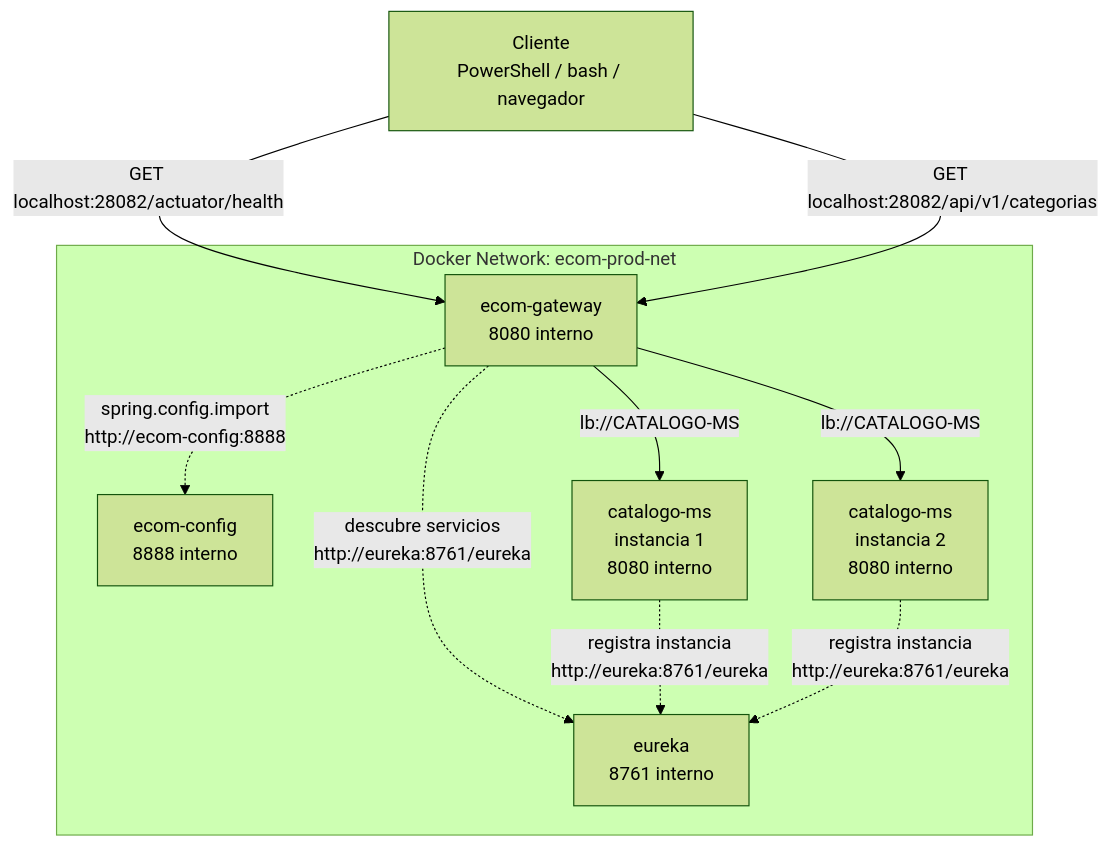
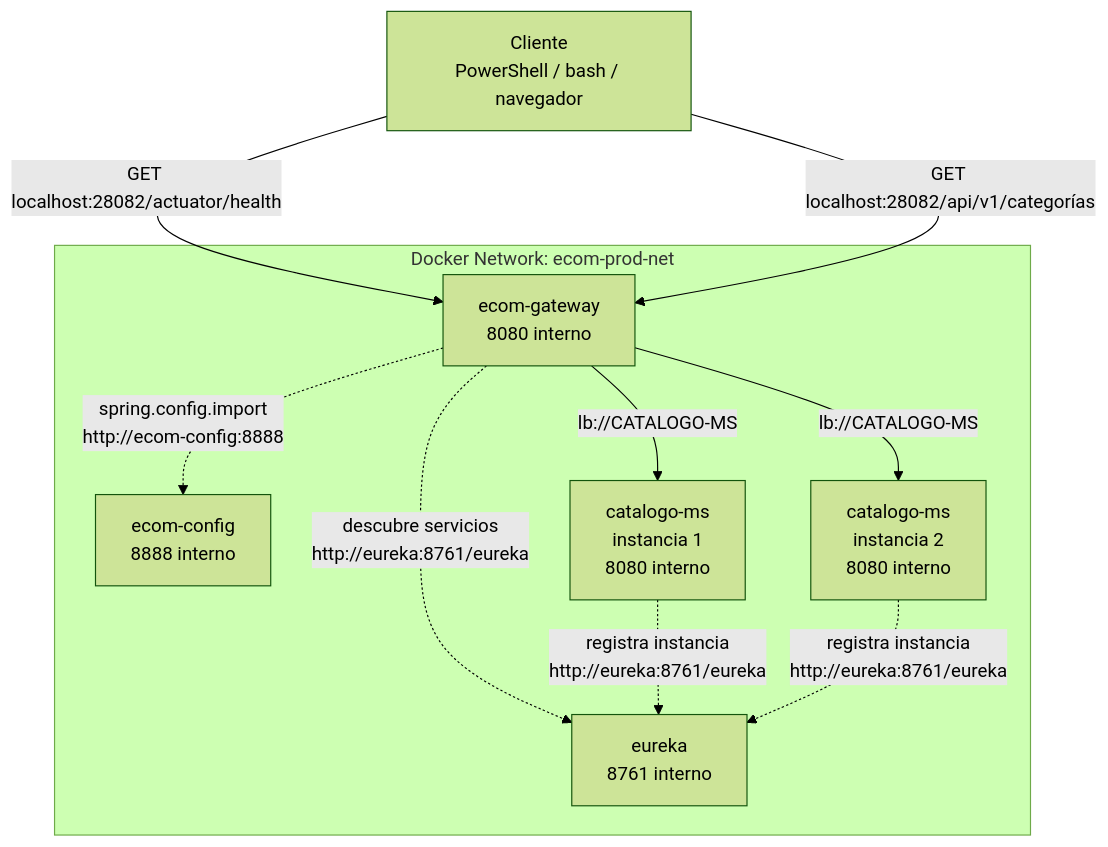
The third of 3 diagrams in docs/sesiones/s04-gateway-load-balancer.md (261dist/ecom), drawn with Mermaid (forest theme) before and after one commit. The commit also changed other lines of this file and 21 other files, not shown here.

````diff
--- a/docs/sesiones/s04-gateway-load-balancer.md
+++ b/docs/sesiones/s04-gateway-load-balancer.md
@@ -98,20 +98,20 @@
 ```mermaid
 flowchart TB
     Cliente["Cliente<br/>PowerShell / bash / navegador"]
     subgraph Docker["Docker Network: ecom-prod-net"]
         Config["ecom-config<br/>8888 interno"]
         Gateway["ecom-gateway<br/>8080 interno"]
         Eureka["eureka<br/>8761 interno"]
         Catalogo1["catalogo-ms<br/>instancia 1<br/>8080 interno"]
         Catalogo2["catalogo-ms<br/>instancia 2<br/>8080 interno"]
     end
 
     Cliente -->|"GET localhost:28082/actuator/health"| Gateway
-    Cliente -->|"GET localhost:28082/api/v1/categorias"| Gateway
+    Cliente -->|"GET localhost:28082/api/v1/categorías"| Gateway
     Gateway -. "spring.config.import<br/>http://ecom-config:8888" .-> Config
     Gateway -. "descubre servicios<br/>http://eureka:8761/eureka" .-> Eureka
     Catalogo1 -. "registra instancia<br/>http://eureka:8761/eureka" .-> Eureka
     Catalogo2 -. "registra instancia<br/>http://eureka:8761/eureka" .-> Eureka
     Gateway -->|"lb://CATALOGO-MS"| Catalogo1
     Gateway -->|"lb://CATALOGO-MS"| Catalogo2
 ```
````
